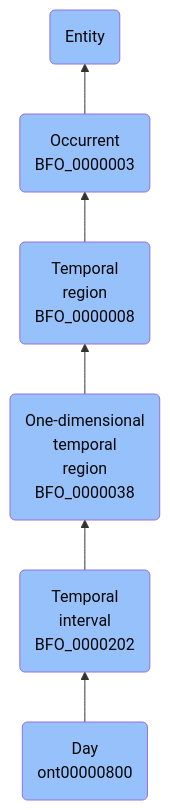
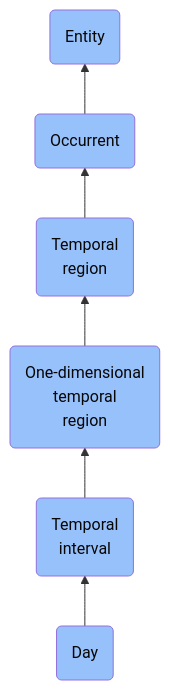
The diagram in docs/ontology/reference/model/Entity/Occurrent/Temporal region/One-dimensional temporal region/Temporal interval/Day/Day.md (jupyter-naas/abi), drawn with Mermaid before and after one commit. The commit also changed other lines of this file and 1430 other files, not shown here.

````diff
--- a/docs/ontology/reference/model/Entity/Occurrent/Temporal region/One-dimensional temporal region/Temporal interval/Day/Day.md
+++ b/docs/ontology/reference/model/Entity/Occurrent/Temporal region/One-dimensional temporal region/Temporal interval/Day/Day.md
@@ -24,13 +24,13 @@
 ```mermaid
 graph BT
-    ont00000800(Day<br>ont00000800):::BFO-->BFO_0000202
-    BFO_0000202(Temporal<br>interval<br>BFO_0000202):::BFO-->BFO_0000038
-    BFO_0000038(One-dimensional<br>temporal<br>region<br>BFO_0000038):::BFO-->BFO_0000008
-    BFO_0000008(Temporal<br>region<br>BFO_0000008):::BFO-->BFO_0000003
-    BFO_0000003(Occurrent<br>BFO_0000003):::BFO-->BFO_0000001
+    ont00000800(Day):::BFO-->BFO_0000202
+    BFO_0000202(Temporal<br>interval):::BFO-->BFO_0000038
+    BFO_0000038(One-dimensional<br>temporal<br>region):::BFO-->BFO_0000008
+    BFO_0000008(Temporal<br>region):::BFO-->BFO_0000003
+    BFO_0000003(Occurrent):::BFO-->BFO_0000001
     BFO_0000001(Entity):::BFO
     
     classDef BFO fill:#97c1fb,color:#060606
     classDef CCO fill:#e4c51e,color:#060606
     classDef ABI fill:#48DD82,color:#060606
 ```
````
